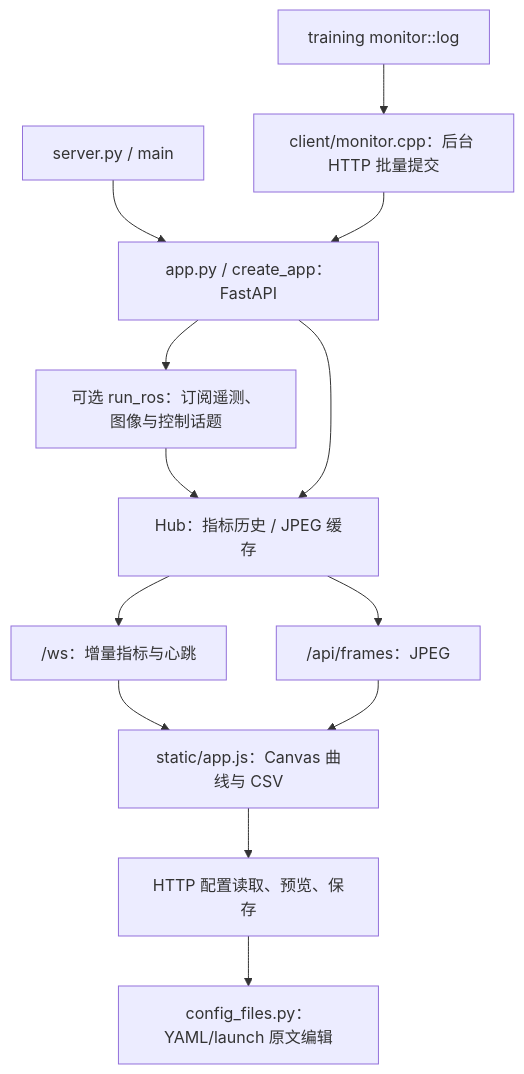
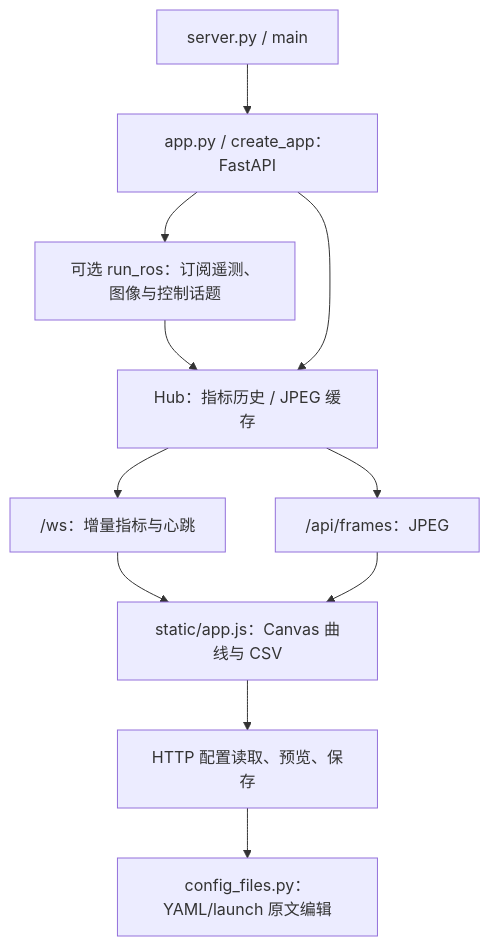
Before and after one commit to KrazyKavier123/RM_AA_TEST: diagram 13 of 13 in docs/current_pipeline_analysis.md, drawn with Mermaid. The commit also changed other lines of this file and 52 other files, not shown here.

````diff
--- a/docs/current_pipeline_analysis.md
+++ b/docs/current_pipeline_analysis.md
@@ -497,15 +497,13 @@
 ```mermaid
 flowchart TB
   Main["server.py / main"] --> Server["app.py / create_app：FastAPI"]
   Server --> ROS["可选 run_ros：订阅遥测、图像与控制话题"]
   ROS --> Hub["Hub：指标历史 / JPEG 缓存"]
-  Training["training monitor::log"] --> Client["client/monitor.cpp：后台 HTTP 批量提交"]
-  Client --> Server
   Server --> Hub
   Hub --> WS["/ws：增量指标与心跳"]
   Hub --> JPEG["/api/frames：JPEG"]
   WS --> JS["static/app.js：Canvas 曲线与 CSV"]
   JPEG --> JS
   JS --> Config["HTTP 配置读取、预览、保存"]
   Config --> Files["config_files.py：YAML/launch 原文编辑"]
 ```
````
